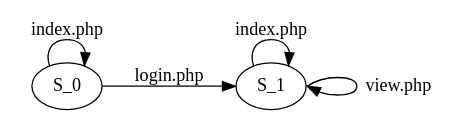
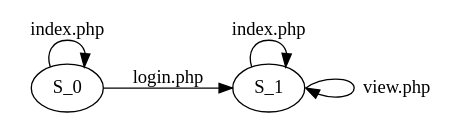
One commit to adamdoupe/dissertation changed the diagram in black-box/enemy-of-the-state/figures/simple_state_graph.dot. Above: the diagram before and after it, drawn with Graphviz. The commit also changed 140 other files, not shown here.

```diff
--- a/black-box/enemy-of-the-state/figures/simple_state_graph.dot
+++ b/black-box/enemy-of-the-state/figures/simple_state_graph.dot
@@ -1,9 +1,11 @@
 digraph G {
 	rankdir=LR;
 	size="3,100";
+	ranksep=".4";
+	
 
-	"S_0" -> "S_0" [label="index.php"];
-	"S_0" -> "S_1" [label="login.php"];
-	"S_1" -> "S_1" [label="index.php"];
-	"S_1":e -> "S_1":e [label="view.php"];
+	"S\_0" -> "S\_0" [label="index.php"];
+	"S\_0" -> "S\_1" [label="login.php"];
+	"S\_1" -> "S\_1" [label="index.php"];
+	"S\_1":e -> "S\_1":e [label="view.php"];
 }
```
